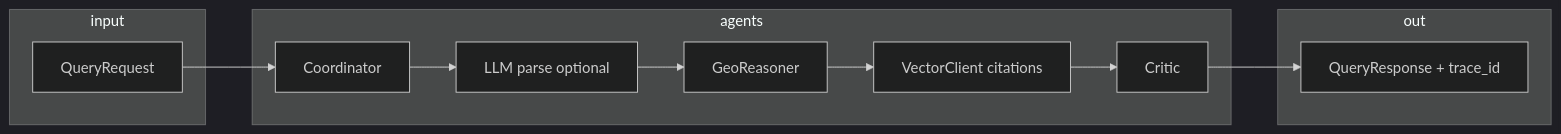
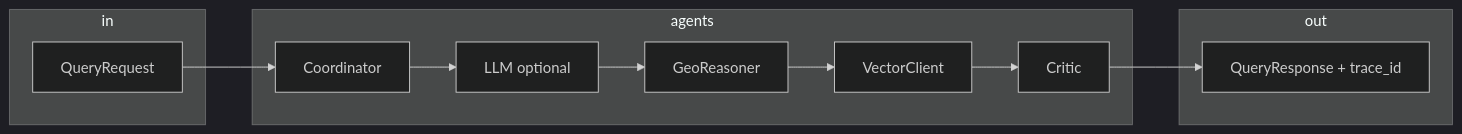
One commit to Kshitij-KS/Maarg changed the diagram in README.md. Above: the diagram before and after it, drawn with Mermaid (dark theme). The commit also changed other lines of this file and 3 other files, not shown here.

````diff
--- a/README.md
+++ b/README.md
@@ -61,17 +158,17 @@
 ```mermaid
 flowchart LR
-  subgraph input
+  subgraph in
     Q[QueryRequest]
   end
   subgraph agents
     C[Coordinator]
-    L[LLM parse optional]
+    L[LLM optional]
     G[GeoReasoner]
-    V[VectorClient citations]
+    V[VectorClient]
     X[Critic]
   end
   subgraph out
     R[QueryResponse + trace_id]
   end
   Q --> C --> L --> G --> V --> X --> R
 ```
````
